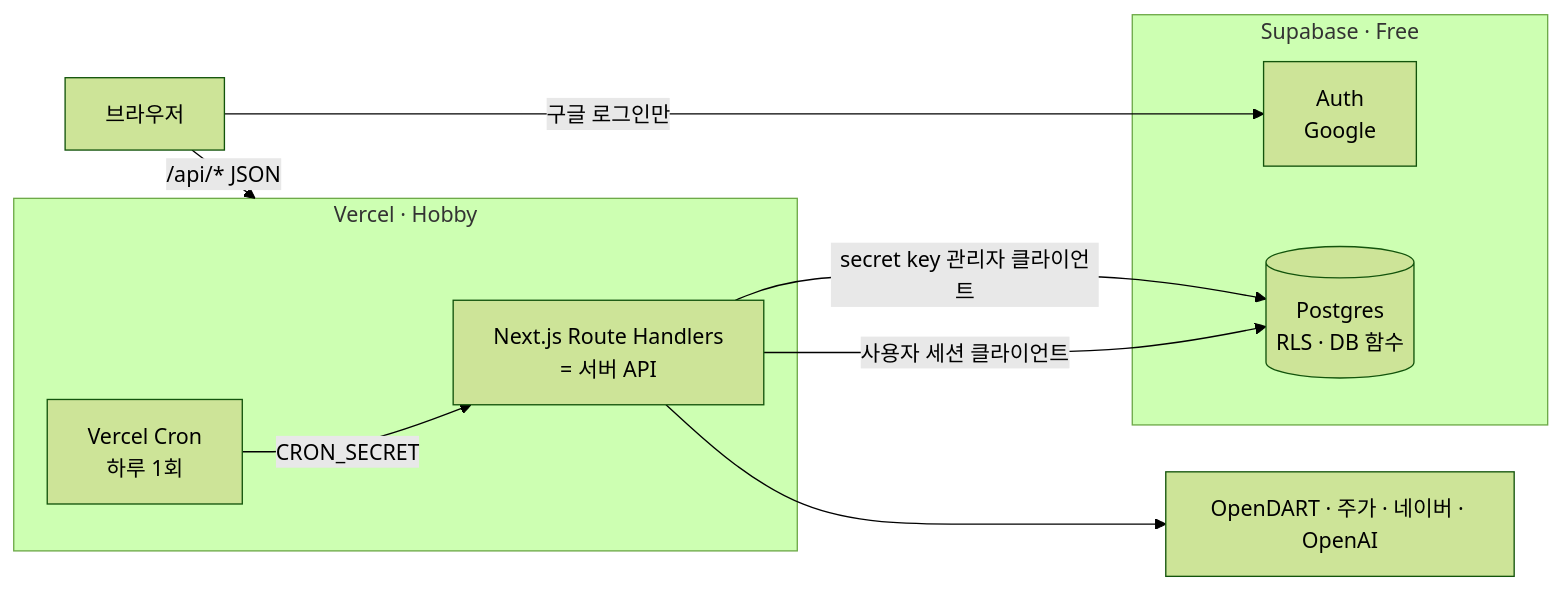
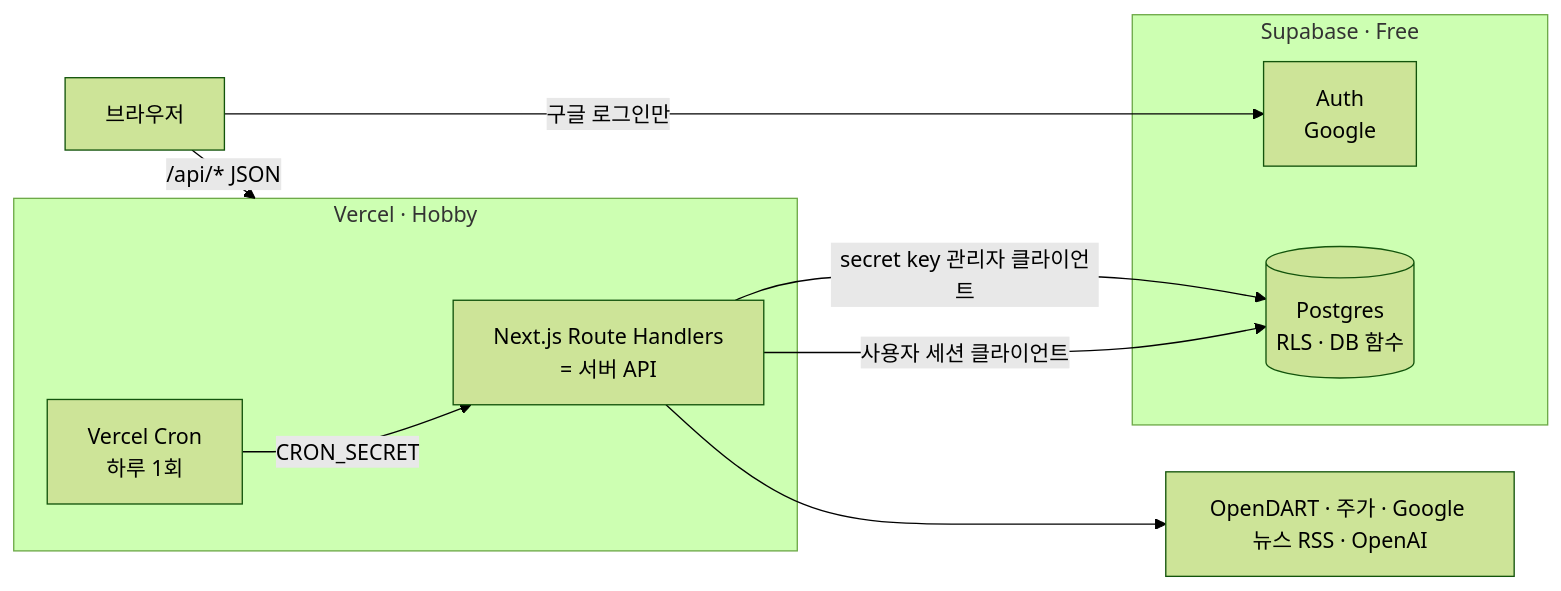
One commit to Benji5526/project_sleepyheads changed the first of 4 diagrams in DevelopDoc/API_SPEC.md. Above: the diagram before and after it, drawn with Mermaid (forest theme). The commit also changed other lines of this file and 18 other files, not shown here.

````diff
--- a/DevelopDoc/API_SPEC.md
+++ b/DevelopDoc/API_SPEC.md
@@ -27,17 +28,17 @@
 ```mermaid
 flowchart LR
     B[브라우저] -->|/api/* JSON| V
     B -->|구글 로그인만| SA
     subgraph V[Vercel · Hobby]
       R[Next.js Route Handlers<br/>= 서버 API]
       C[Vercel Cron<br/>하루 1회]
     end
     subgraph SB[Supabase · Free]
       SA[Auth<br/>Google]
       DB[(Postgres<br/>RLS · DB 함수)]
     end
     C -->|CRON_SECRET| R
     R -->|사용자 세션 클라이언트| DB
     R -->|secret key 관리자 클라이언트| DB
-    R --> EXT[OpenDART · 주가 · 네이버 · OpenAI]
+    R --> EXT[OpenDART · 주가 · Google 뉴스 RSS · OpenAI]
 ```
````
